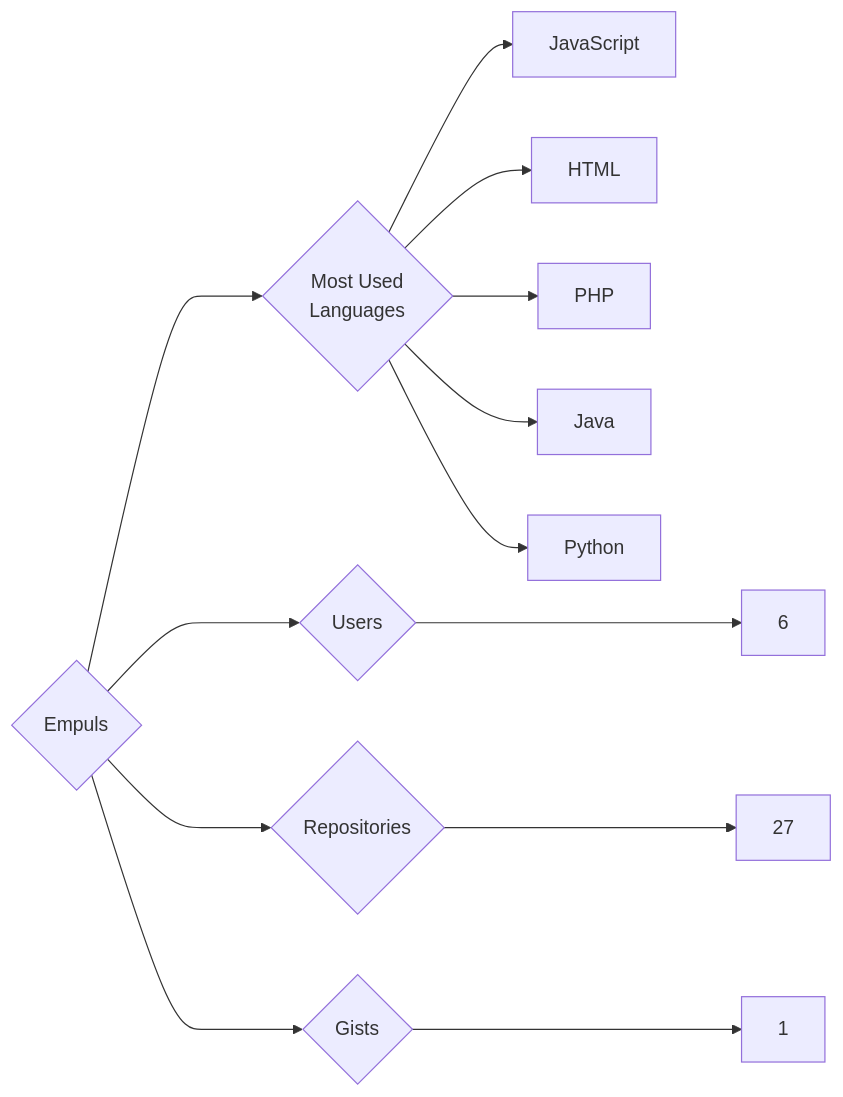
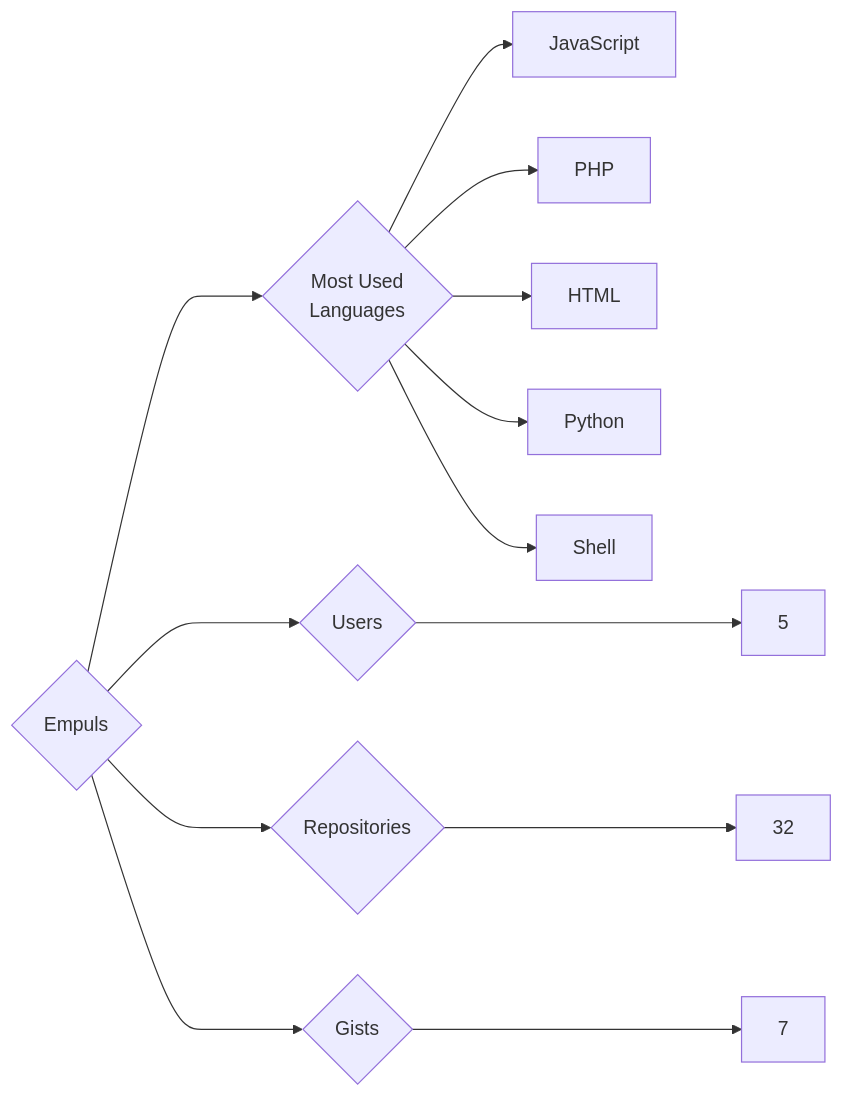
One commit to trickest/insiders changed the diagram in targets/Empuls/README.md. Above: the diagram before and after it, drawn with Mermaid. The commit also changed 860 other files, not shown here.

````diff
--- a/targets/Empuls/README.md
+++ b/targets/Empuls/README.md
@@ -3,13 +3,13 @@
 ```mermaid
 graph LR
 COMPANY_NAME{Empuls}
-COMPANY_NAME ---> U{Users} ---> UN[6]
-COMPANY_NAME ---> R{Repositories} ---> RN[27]
-COMPANY_NAME ---> G{Gists} ---> GN[1]
+COMPANY_NAME ---> U{Users} ---> UN[5]
+COMPANY_NAME ---> R{Repositories} ---> RN[32]
+COMPANY_NAME ---> G{Gists} ---> GN[7]
 COMPANY_NAME ---> ML{Most Used<br>Languages}
 ML --> JavaScript[JavaScript]
+ML --> PHP[PHP]
 ML --> HTML[HTML]
-ML --> PHP[PHP]
-ML --> Java[Java]
 ML --> Python[Python]
+ML --> Shell[Shell]
 ```
````
